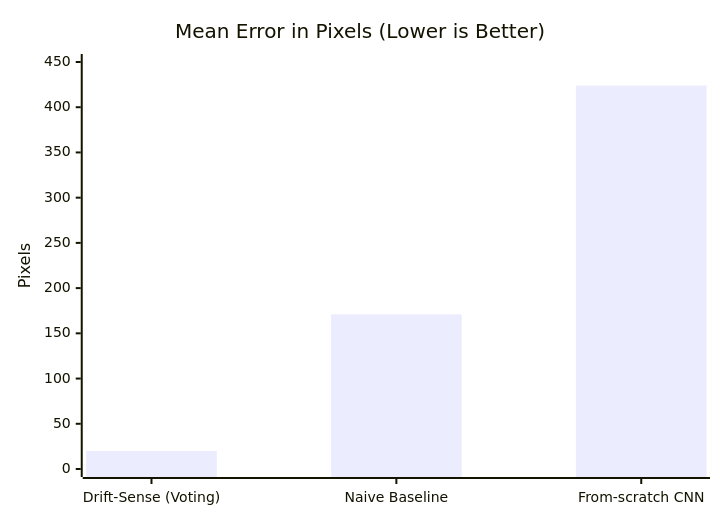
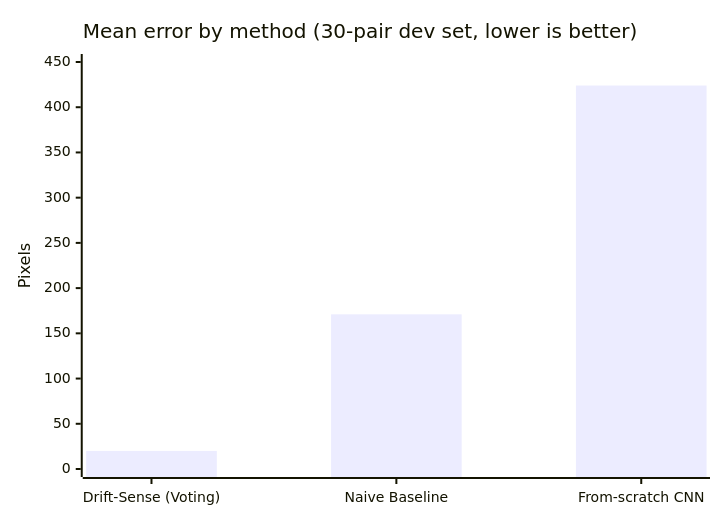
One commit to i-Anurag1/drift-sense changed the fourth of 4 diagrams in README.md. Above: the diagram before and after it, drawn with Mermaid. The commit also changed other lines of this file, not shown here.

````diff
--- a/README.md
+++ b/README.md
@@ -185,7 +261,7 @@
 ```mermaid
 xychart-beta
-    title "Mean Error in Pixels (Lower is Better)"
+    title "Mean error by method (30-pair dev set, lower is better)"
     x-axis ["Drift-Sense (Voting)", "Naive Baseline", "From-scratch CNN"]
     y-axis "Pixels" 0 --> 450
     bar [20, 171, 424]
 ```
````
